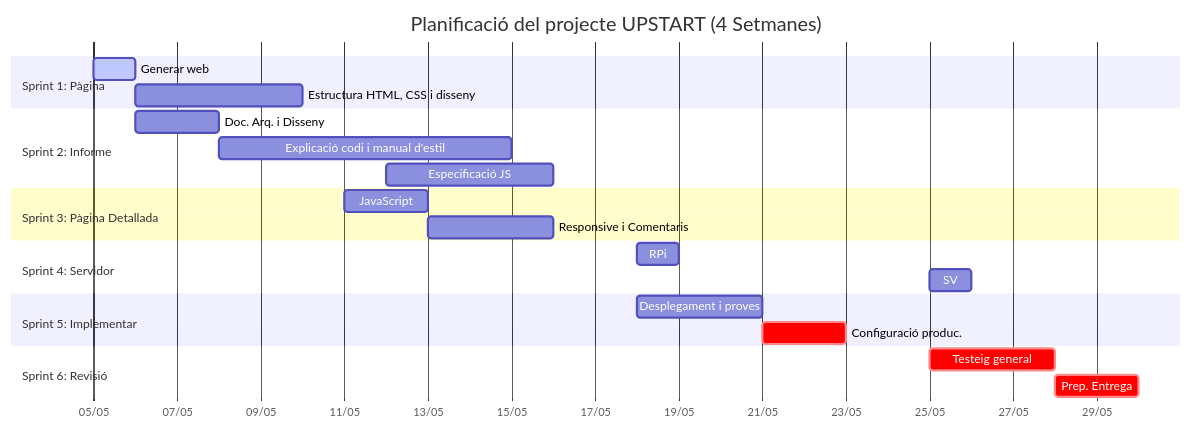
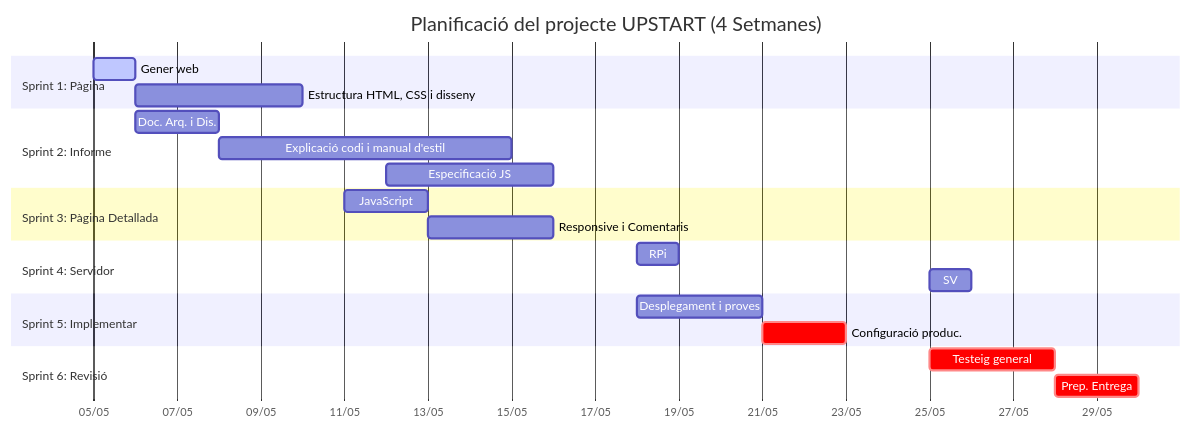
One commit to Sukhdeep777/upstart changed the diagram in README.md. Above: the diagram before and after it, drawn with Mermaid.

````diff
--- a/README.md
+++ b/README.md
@@ -2,31 +2,31 @@
 ```mermaid
 gantt
     title Planificació del projecte UPSTART (4 Setmanes)
     dateFormat  YYYY-MM-DD
     axisFormat  %d/%m
 
     section Sprint 1: Pàgina
-    Generar web :active, s1t1, 2026-05-05, 1d
+    Gener web :active, s1t1, 2026-05-05, 1d
     Estructura HTML, CSS i disseny     :s1t2, after s1t1, 4d
 
     section Sprint 2: Informe
-    Doc. Arq. i Disseny  :s2t1, 2026-05-06, 2d
+    Doc. Arq. i Dis.  :s2t1, 2026-05-06, 2d
     Explicació codi i manual d'estil   :s2t2, 2026-05-08, 7d
     Especificació JS                   :s2t3, 2026-05-12, 4d
 
     section Sprint 3: Pàgina Detallada
     JavaScript      :s3t1, 2026-05-11, 2d
     Responsive i Comentaris            :s3t2, 2026-05-13, 3d
 
     section Sprint 4: Servidor
     RPi           :s4t1, 2026-05-18, 1d
     SV               :s4t2, 2026-05-25, 1d
 
     section Sprint 5: Implementar
     Desplegament i proves         :s5t1, 2026-05-18, 3d
     Configuració produc.             :crit, s5t2, 2026-05-21, 2d
 
     section Sprint 6: Revisió
     Testeig general             :crit, s6t1, 2026-05-25, 3d
     Prep. Entrega                 :crit, s6t2, 2026-05-28, 2d
 ```
````
